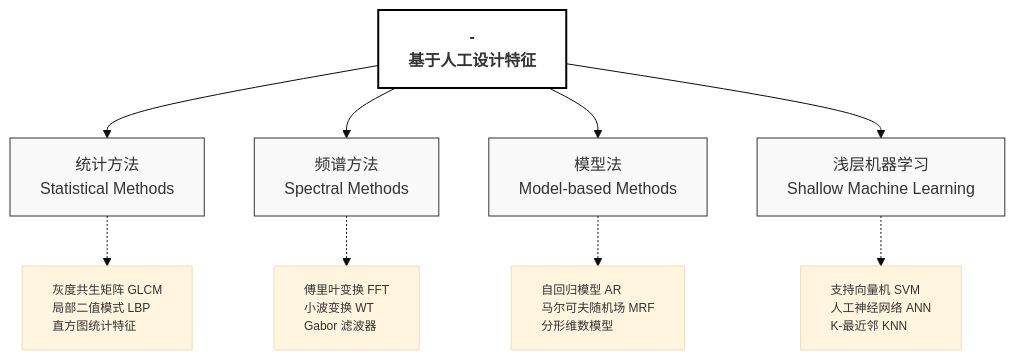
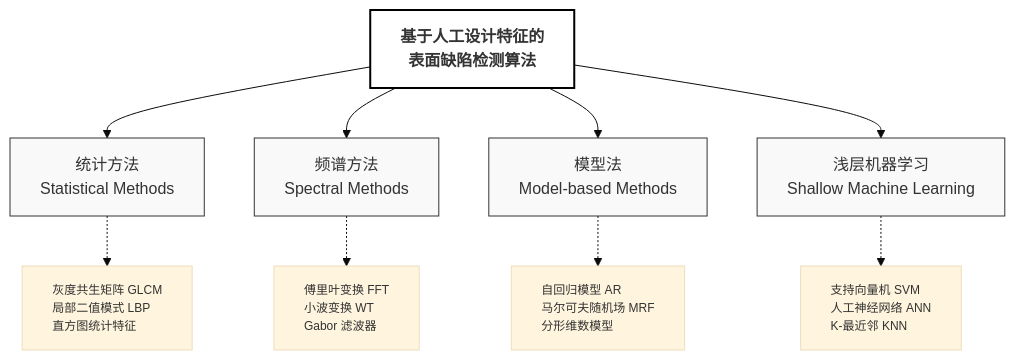
Before and after one commit to MAOSHENGsong/iodraw-files: the diagram in all/未命名-1.md, drawn with Mermaid (base theme).

Commit message:
2026-03-17 18:17:07 update

````diff
--- a/all/未命名-1.md
+++ b/all/未命名-1.md
@@ -1,42 +1,43 @@
 ```mermaid
 graph TB
     %% 核心标题
-    Main[ - 
-    基于人工设计特征] 
+    Main[
+    基于人工设计特征的
+    表面缺陷检测算法] 
     
     %% 第一层级：四大分支
     Statistical[统计方法<br/>Statistical Methods]
     Spectral[频谱方法<br/>Spectral Methods]
     Model[模型法<br/>Model-based Methods]
     Machine[浅层机器学习<br/>Shallow Machine Learning]
 
     %% 第二层级：典型算法
     Sub_Stat[灰度共生矩阵 GLCM<br/>局部二值模式 LBP<br/>直方图统计特征]
     Sub_Spec[傅里叶变换 FFT<br/>小波变换 WT<br/>Gabor 滤波器]
     Sub_Mod[自回归模型 AR<br/>马尔可夫随机场 MRF<br/>分形维数模型]
     Sub_Mach[支持向量机 SVM<br/>人工神经网络 ANN<br/>K-最近邻 KNN]
 
     %% 建立连接
     Main --> Statistical
     Main --> Spectral
     Main --> Model
     Main --> Machine
 
     Statistical -.-> Sub_Stat
     Spectral -.-> Sub_Spec
     Model -.-> Sub_Mod
     Machine -.-> Sub_Mach
 
     %% 样式美化：论文通常使用白底黑字或淡色调
     style Main fill:#ffffff,stroke:#000,stroke-width:2px,font-weight:bold
     style Statistical fill:#f9f9f9,stroke:#333,stroke-width:1px
     style Spectral fill:#f9f9f9,stroke:#333,stroke-width:1px
     style Model fill:#f9f9f9,stroke:#333,stroke-width:1px
     style Machine fill:#f9f9f9,stroke:#333,stroke-width:1px
     
     %% 细化子项样式
     style Sub_Stat font-size:12px,text-align:left
     style Sub_Spec font-size:12px,text-align:left
     style Sub_Mod font-size:12px,text-align:left
     style Sub_Mach font-size:12px,text-align:left
 ```
````
